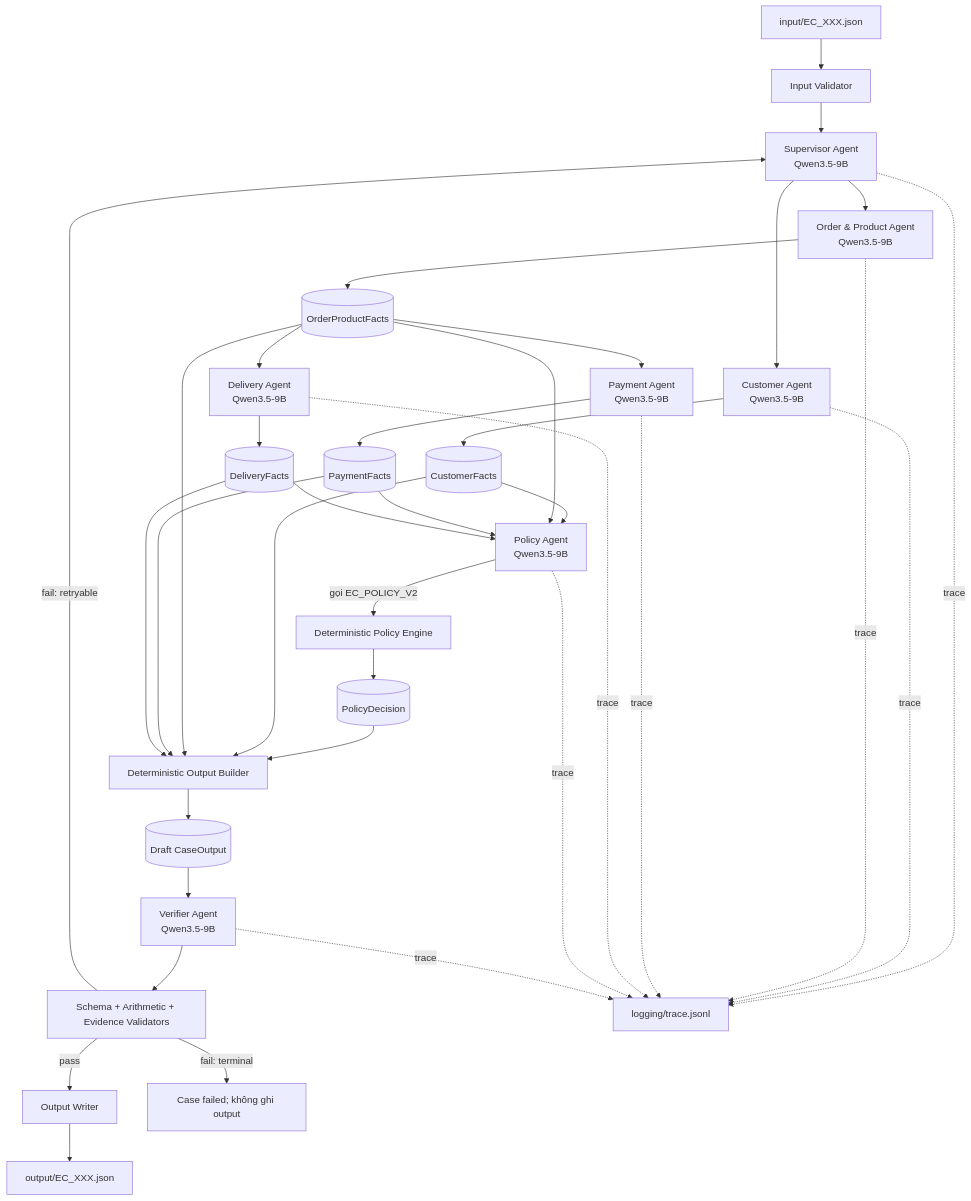
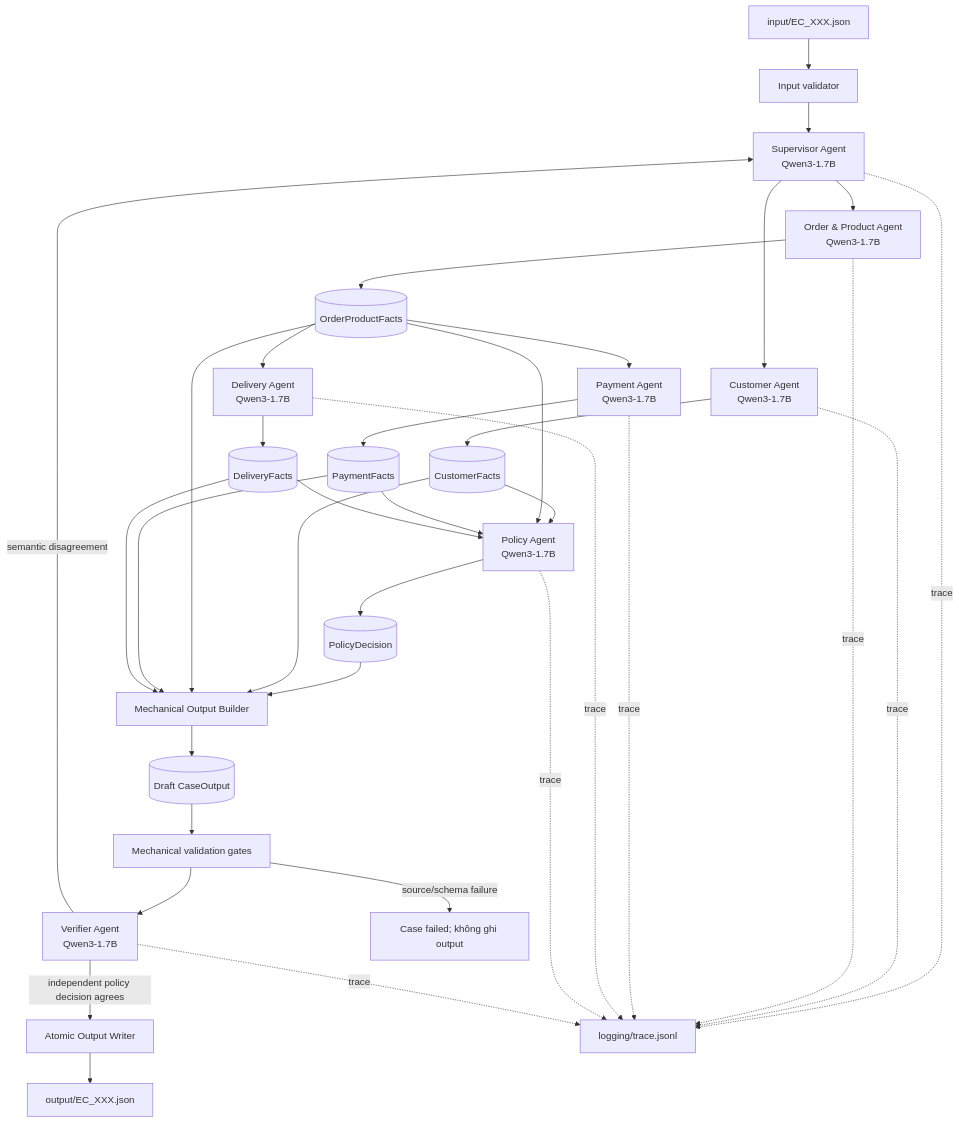
One commit to HuyAA-DD/K4-Day9-Multi-Agent-A2A changed the diagram in architecture.md. Above: the diagram before and after it, drawn with Mermaid. The commit also changed other lines of this file and 151 other files, not shown here.

````diff
--- a/architecture.md
+++ b/architecture.md
@@ -19,48 +22,43 @@
 ```mermaid
 flowchart TD
-    IN["input/EC_XXX.json"] --> IV["Input Validator"]
-    IV --> SUP["Supervisor Agent<br/>Qwen3.5-9B"]
+    IN["input/EC_XXX.json"] --> IV["Input validator"]
+    IV --> SUP["Supervisor Agent<br/>Qwen3-1.7B"]
 
-    SUP --> CA["Customer Agent<br/>Qwen3.5-9B"]
-    SUP --> OA["Order & Product Agent<br/>Qwen3.5-9B"]
+    SUP --> CA["Customer Agent<br/>Qwen3-1.7B"]
+    SUP --> OA["Order & Product Agent<br/>Qwen3-1.7B"]
+    CA --> CF[(CustomerFacts)]
+    OA --> OF[(OrderProductFacts)]
 
-    CA --> CF[("CustomerFacts")]
-    OA --> OF[("OrderProductFacts")]
+    OF --> PA["Payment Agent<br/>Qwen3-1.7B"]
+    OF --> DA["Delivery Agent<br/>Qwen3-1.7B"]
+    PA --> PF[(PaymentFacts)]
+    DA --> DF[(DeliveryFacts)]
 
-    OF --> PA["Payment Agent<br/>Qwen3.5-9B"]
-    OF --> DA["Delivery Agent<br/>Qwen3.5-9B"]
-
-    PA --> PF[("PaymentFacts")]
-    DA --> DF[("DeliveryFacts")]
-
-    CF --> PGA["Policy Agent<br/>Qwen3.5-9B"]
+    CF --> PGA["Policy Agent<br/>Qwen3-1.7B"]
     OF --> PGA
     PF --> PGA
     DF --> PGA
+    PGA --> PD[(PolicyDecision)]
 
-    PGA -->|"gọi EC_POLICY_V2"| PE["Deterministic Policy Engine"]
-    PE --> PD[("PolicyDecision")]
-    PD --> OB["Deterministic Output Builder"]
+    PD --> OB["Mechanical Output Builder"]
     CF --> OB
     OF --> OB
     PF --> OB
     DF --> OB
+    OB --> DRAFT[(Draft CaseOutput)]
 
-    OB --> DRAFT[("Draft CaseOutput")]
-    DRAFT --> VA["Verifier Agent<br/>Qwen3.5-9B"]
-    VA --> SV["Schema + Arithmetic + Evidence Validators"]
-
-    SV -->|pass| WR["Output Writer"]
-    SV -->|fail: retryable| SUP
-    SV -->|fail: terminal| ERR["Case failed; không ghi output"]
-
+    DRAFT --> MV["Mechanical validation gates"]
+    MV --> VA["Verifier Agent<br/>Qwen3-1.7B"]
+    VA -->|independent policy decision agrees| WR["Atomic Output Writer"]
+    VA -->|semantic disagreement| SUP
+    MV -->|source/schema failure| ERR["Case failed; không ghi output"]
     WR --> OUT["output/EC_XXX.json"]
 
     SUP -. trace .-> TR["logging/trace.jsonl"]
     CA -. trace .-> TR
     OA -. trace .-> TR
     PA -. trace .-> TR
     DA -. trace .-> TR
     PGA -. trace .-> TR
     VA -. trace .-> TR
 ```
````
